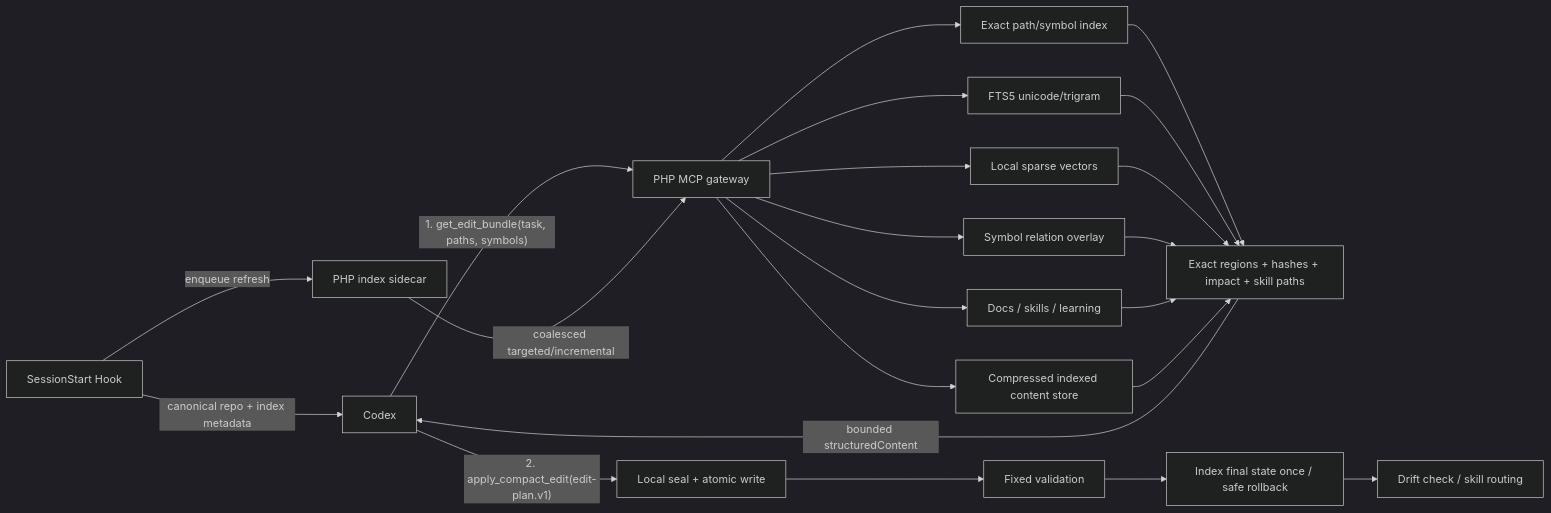
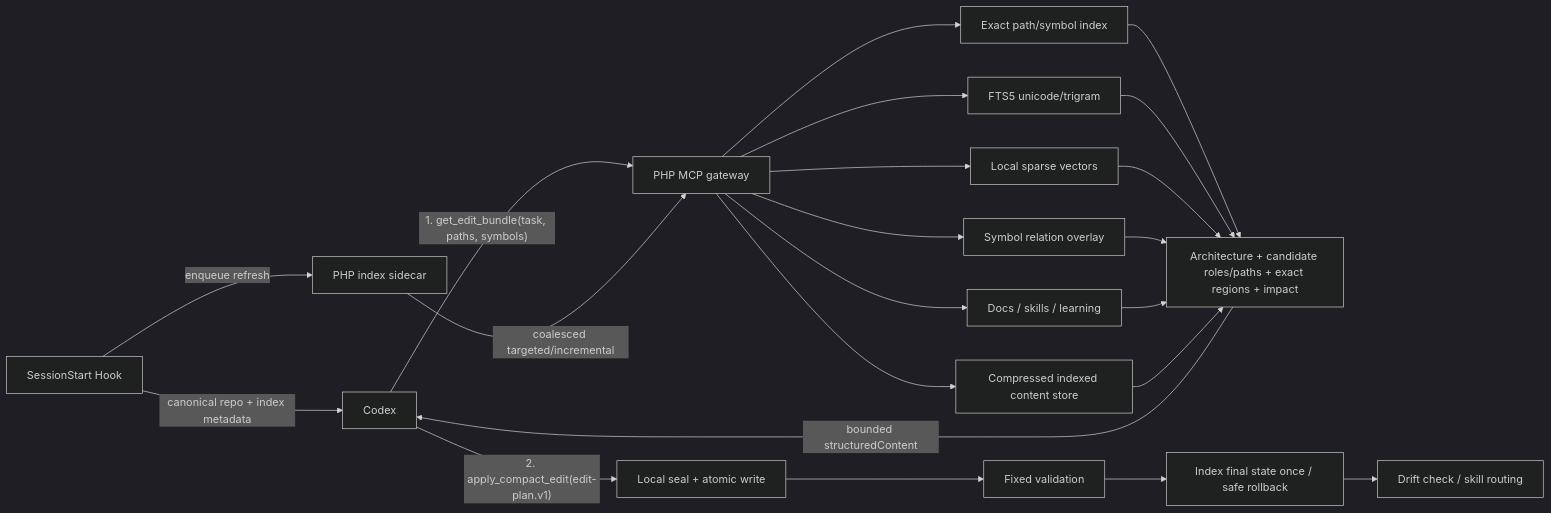
The diagram in docs/PROJECT-INTELLIGENCE.md (Aiweline/Weline-Codex-Mcp), drawn with Mermaid (dark theme) before and after one commit. The commit also changed other lines of this file and 5 other files, not shown here.

Commit message:
feat: add architecture-first bundle continuation

````diff
--- a/docs/PROJECT-INTELLIGENCE.md
+++ b/docs/PROJECT-INTELLIGENCE.md
@@ -16,19 +16,19 @@
 ```mermaid
 flowchart LR
     C["Codex"] -->|"1. get_edit_bundle(task, paths, symbols)"| G["PHP MCP gateway"]
     H["SessionStart Hook"] -->|"canonical repo + index metadata"| C
     H -->|"enqueue refresh"| S["PHP index sidecar"]
     S -->|"coalesced targeted/incremental"| G
     G --> E["Exact path/symbol index"]
     G --> F["FTS5 unicode/trigram"]
     G --> V["Local sparse vectors"]
     G --> R["Symbol relation overlay"]
     G --> K["Docs / skills / learning"]
     G --> B["Compressed indexed content store"]
-    E & F & V & R & K & B --> A["Exact regions + hashes + impact + skill paths"]
+    E & F & V & R & K & B --> A["Architecture + candidate roles/paths + exact regions + impact"]
     A -->|"bounded structuredContent"| C
     C -->|"2. apply_compact_edit(edit-plan.v1)"| P["Local seal + atomic write"]
     P --> W["Fixed validation"]
     W --> X["Index final state once / safe rollback"]
     X --> D["Drift check / skill routing"]
 ```
````
